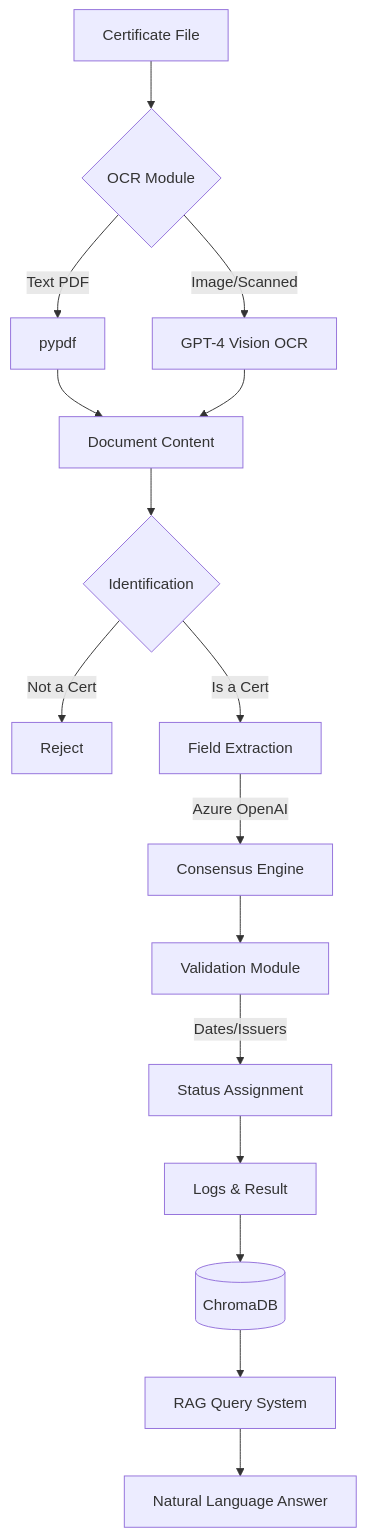
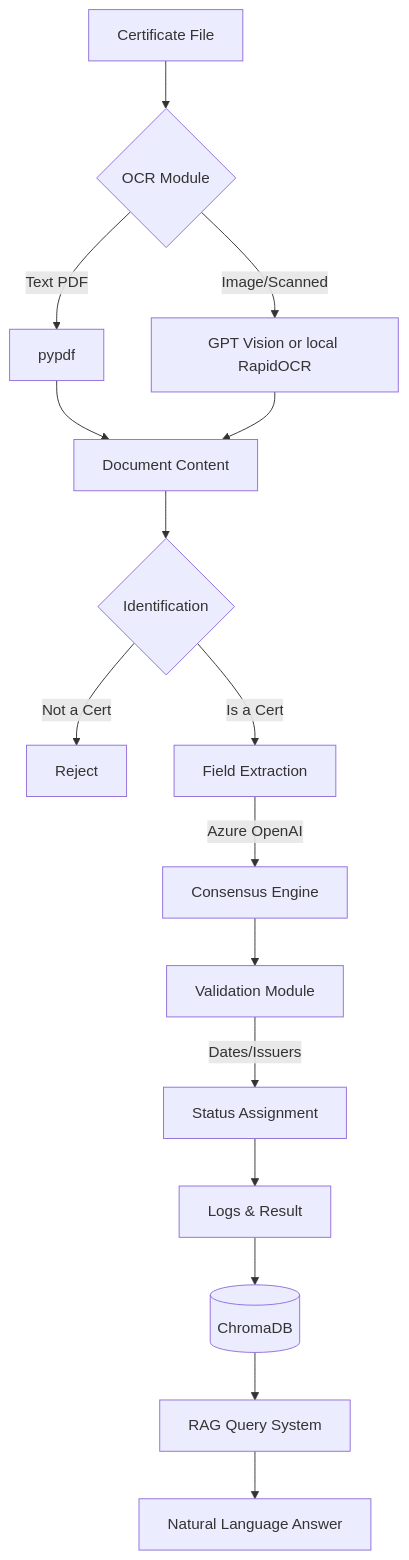
Before and after one commit to Flame77X/Certificate-Detection-Extraction-Validation-RAG-Query-System: the diagram in README.md, drawn with Mermaid. The commit also changed other lines of this file and 2 other files, not shown here.

Commit message:
docs: document offline OCR and rules engines, Open Badges verification and synthetic fixtures

````diff
--- a/README.md
+++ b/README.md
@@ -44,18 +45,18 @@
 ```mermaid
 graph TD
     A[Certificate File] --> B{OCR Module}
     B -->|Text PDF| C[pypdf]
-    B -->|Image/Scanned| D[GPT-4 Vision OCR]
+    B -->|Image/Scanned| D[GPT Vision or local RapidOCR]
     C --> E[Document Content]
     D --> E
     E --> F{Identification}
     F -->|Not a Cert| G[Reject]
     F -->|Is a Cert| H[Field Extraction]
     H -->|Azure OpenAI| I[Consensus Engine]
     I --> J[Validation Module]
     J -->|Dates/Issuers| K[Status Assignment]
     K --> L[Logs & Result]
     L --> M[(ChromaDB)]
     M --> N[RAG Query System]
     N --> O[Natural Language Answer]
 ```
````
